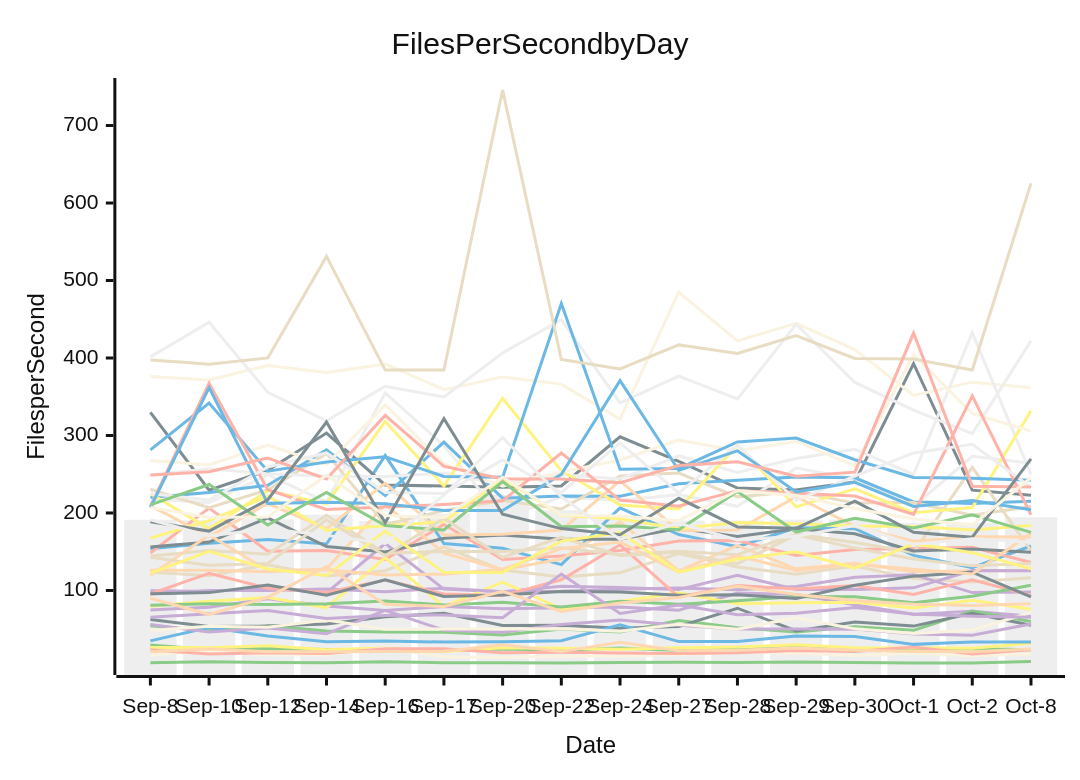
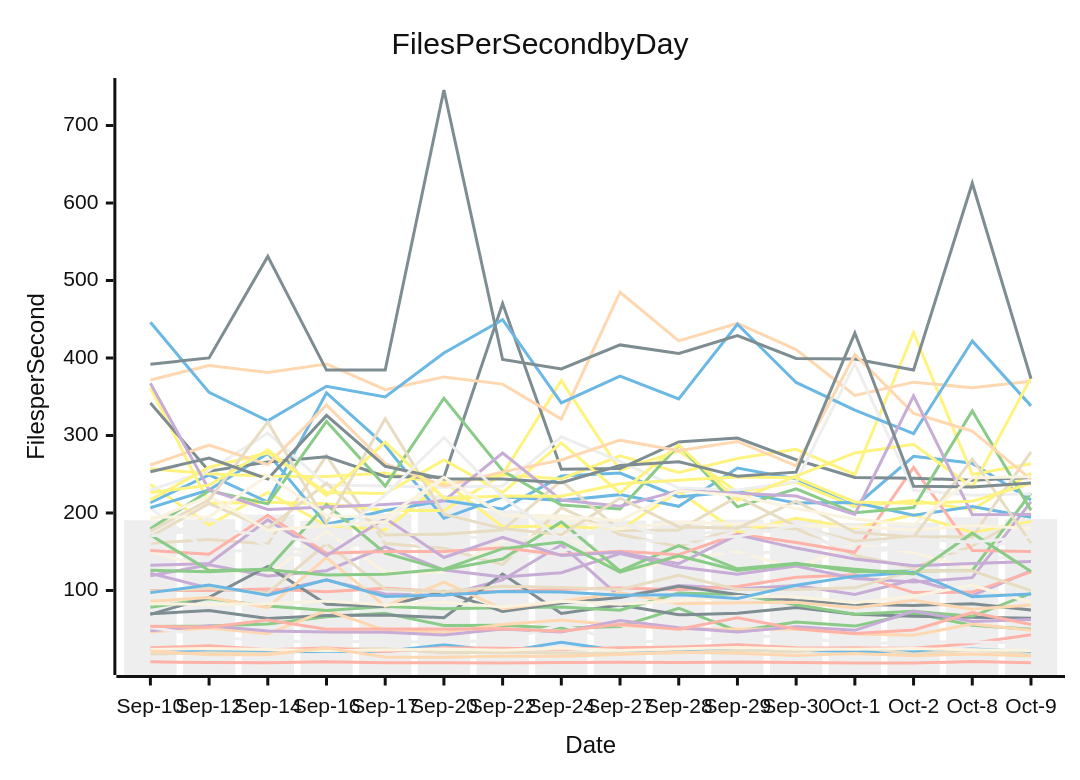
One commit to streetsidesoftware/cspell changed the diagram in perf-report.md. Above: the diagram before and after it, drawn with Mermaid (neutral theme). The commit also changed other lines of this file and 2 other files, not shown here.

````diff
--- a/perf-report.md
+++ b/perf-report.md
@@ -11,57 +11,57 @@
 ```mermaid
 xychart-beta
     title Files Per Second by Day
     y-axis Files per Second
-    x-axis Date [Sep-8, Sep-10, Sep-12, Sep-14, Sep-16, Sep-17, Sep-20, Sep-22, Sep-24, Sep-27, Sep-28, Sep-29, Sep-30, Oct-1, Oct-2, Oct-8]
-    bar [191.17, 190.61, 191.83, 197.87, 189.83, 198.93, 223.14, 203.41, 191.85, 190.34, 190.33, 191.42, 191.65, 187.17, 187.29, 194.39]
-    line [153.77, 161.06, 165.68, 159.91, 274.11, 160.48, 154.49, 133.29, 206.55, 172.23, 156.59, 180.95, 179.76, 145.22, 129.53, 157.39]
-    line [29.52, 23.91, 25.15, 23.74, 22.20, 23.03, 24.38, 22.79, 25.90, 22.55, 24.52, 26.32, 24.36, 24.04, 25.09, 23.35]
-    line [74.82, 78.42, 89.26, 79.87, 74.03, 79.32, 76.57, 77.71, 78.68, 74.59, 96.62, 94.86, 81.46, 69.18, 73.06, 66.65]
-    line [123.66, 119.12, 133.12, 118.61, 125.51, 156.41, 126.36, 117.29, 122.97, 147.55, 130.31, 120.84, 131.56, 115.38, 110.82, 116.53]
-    line [148.35, 206.25, 150.67, 151.50, 140.12, 185.15, 139.87, 144.59, 151.47, 163.76, 164.48, 145.07, 153.00, 154.07, 155.61, 136.07]
-    line [26.46, 26.09, 28.54, 23.63, 25.87, 21.39, 25.97, 25.29, 24.28, 26.03, 27.14, 29.89, 26.22, 25.83, 25.33, 31.76]
-    line [329.95, 229.46, 255.09, 303.17, 236.15, 234.71, 233.17, 234.84, 298.34, 266.72, 232.18, 229.70, 240.06, 392.72, 229.48, 222.78]
-    line [126.38, 125.97, 124.19, 127.77, 210.87, 148.03, 126.65, 140.55, 188.49, 125.20, 157.87, 127.91, 135.21, 124.24, 125.20, 125.79]
-    line [16.80, 21.93, 17.01, 17.04, 25.59, 14.10, 13.68, 15.06, 15.07, 17.30, 20.40, 18.84, 16.01, 18.80, 15.62, 18.14]
-    line [218.01, 213.19, 249.06, 214.17, 355.08, 286.90, 193.09, 220.97, 216.09, 223.67, 208.59, 258.02, 244.00, 208.42, 273.15, 264.14]
-    line [220.27, 226.37, 235.76, 281.57, 222.43, 291.44, 219.17, 221.75, 221.55, 237.73, 242.39, 246.40, 245.33, 214.25, 212.38, 215.08]
-    line [54.53, 48.10, 54.31, 47.78, 46.42, 45.99, 42.51, 50.42, 46.36, 61.34, 51.99, 46.51, 53.11, 48.59, 73.40, 59.94]
-    line [99.63, 98.76, 103.06, 96.78, 160.57, 101.71, 98.32, 105.51, 103.82, 101.18, 119.72, 101.30, 101.24, 103.40, 125.70, 125.48]
-    line [230.64, 206.81, 229.76, 276.88, 185.15, 203.08, 216.06, 205.09, 247.61, 251.50, 220.80, 227.59, 212.73, 213.55, 197.04, 208.25]
-    line [23.39, 17.95, 19.65, 18.79, 24.79, 24.63, 19.73, 20.13, 19.16, 18.74, 19.48, 22.38, 21.10, 27.10, 18.00, 23.58]
-    line [79.69, 86.08, 90.96, 77.91, 142.49, 79.52, 110.64, 76.31, 85.79, 97.01, 82.92, 84.16, 84.72, 77.34, 87.34, 75.86]
-    line [62.47, 53.43, 54.08, 56.65, 66.08, 70.58, 54.86, 55.17, 51.26, 53.54, 77.09, 47.84, 59.17, 54.01, 70.63, 55.18]
-    line [20.85, 24.50, 21.07, 20.76, 21.20, 21.42, 29.89, 21.10, 33.29, 22.21, 22.99, 25.81, 22.79, 21.40, 20.78, 24.57]
-    line [376.07, 371.64, 390.41, 381.43, 392.33, 359.21, 375.60, 366.33, 321.23, 484.87, 422.08, 444.64, 410.96, 351.78, 368.84, 361.47]
-    line [249.04, 256.96, 250.64, 247.49, 246.97, 251.50, 236.84, 249.23, 243.91, 273.74, 252.33, 270.33, 282.14, 249.68, 432.83, 249.77]
-    line [34.97, 52.27, 41.14, 33.93, 34.79, 33.36, 33.83, 35.26, 55.80, 33.99, 34.03, 41.23, 40.49, 30.44, 33.53, 33.57]
-    line [6.71, 7.87, 6.93, 6.69, 7.98, 6.67, 6.83, 6.48, 7.18, 7.27, 6.94, 7.83, 6.98, 6.40, 6.43, 8.18]
-    line [95.60, 99.87, 99.90, 101.98, 98.46, 103.01, 98.38, 99.03, 101.47, 103.27, 100.93, 105.22, 117.10, 120.39, 97.23, 97.90]
-    line [144.33, 151.54, 146.78, 197.07, 148.01, 150.26, 150.22, 155.16, 146.16, 150.57, 146.25, 172.87, 161.95, 149.25, 258.77, 151.43]
-    line [95.62, 122.20, 102.97, 97.36, 113.44, 95.42, 93.37, 113.84, 158.94, 91.50, 106.48, 102.03, 106.46, 94.98, 113.77, 93.63]
-    line [225.06, 179.78, 228.82, 211.67, 318.15, 234.86, 348.02, 254.54, 210.42, 205.10, 287.53, 207.85, 231.21, 200.22, 207.10, 331.74]
-    line [155.95, 162.53, 193.68, 156.67, 149.67, 167.24, 171.44, 166.11, 165.94, 180.17, 169.69, 179.61, 173.13, 150.88, 153.50, 149.45]
-    line [209.46, 169.33, 212.19, 179.89, 238.35, 171.61, 172.61, 177.91, 241.32, 177.39, 178.05, 221.01, 182.74, 163.48, 169.32, 168.97]
-    line [267.60, 261.93, 287.76, 262.40, 339.51, 263.75, 234.66, 253.01, 268.39, 293.97, 280.40, 292.26, 260.88, 404.51, 328.53, 305.64]
-    line [401.47, 446.16, 355.63, 318.90, 363.44, 349.72, 406.48, 449.44, 342.12, 376.67, 347.31, 443.48, 368.45, 332.70, 302.48, 422.03]
-    line [281.41, 341.82, 253.99, 265.83, 272.53, 247.23, 246.03, 470.19, 256.56, 257.27, 291.74, 296.65, 268.66, 245.94, 244.92, 242.23]
-    line [80.83, 82.91, 82.03, 82.90, 86.51, 81.41, 84.89, 78.73, 86.02, 82.17, 86.87, 92.07, 92.00, 84.24, 92.67, 106.68]
-    line [56.14, 46.33, 51.70, 44.11, 74.38, 48.80, 46.22, 56.03, 61.86, 55.07, 50.38, 50.26, 50.11, 43.90, 42.10, 56.81]
-    line [397.57, 392.00, 400.11, 531.12, 384.37, 384.60, 745.85, 398.12, 385.90, 416.89, 405.74, 428.96, 399.50, 398.65, 384.43, 625.58]
-    line [208.53, 367.52, 230.07, 204.55, 207.72, 211.00, 215.66, 277.45, 216.60, 208.75, 228.82, 225.46, 221.92, 198.17, 351.24, 197.76]
-    line [167.61, 190.13, 221.56, 177.63, 183.43, 188.58, 244.43, 196.97, 192.51, 179.82, 187.80, 186.23, 183.20, 182.62, 177.99, 183.70]
-    line [95.75, 97.23, 107.06, 93.89, 113.70, 92.25, 94.28, 98.57, 98.01, 93.82, 94.62, 89.71, 106.79, 118.50, 123.61, 91.76]
-    line [119.58, 171.63, 125.66, 126.89, 119.89, 121.04, 127.46, 154.00, 162.49, 123.69, 144.71, 125.72, 134.25, 127.46, 121.17, 173.95]
-    line [48.30, 53.96, 52.43, 61.82, 49.92, 50.20, 50.36, 50.54, 47.43, 56.40, 49.96, 64.67, 50.46, 44.40, 48.96, 71.61]
-    line [224.86, 216.89, 259.14, 277.45, 226.45, 225.10, 268.40, 226.40, 290.41, 225.84, 287.60, 216.33, 247.70, 277.53, 288.63, 233.16]
-    line [206.74, 361.86, 212.41, 213.84, 211.89, 203.30, 203.26, 249.81, 370.77, 255.08, 280.21, 227.10, 239.56, 208.40, 216.14, 204.22]
-    line [210.54, 236.79, 184.39, 226.41, 183.84, 178.08, 240.62, 182.34, 183.11, 178.48, 227.71, 175.37, 193.07, 180.70, 197.68, 174.97]
-    line [65.29, 70.06, 74.08, 63.80, 67.85, 68.28, 64.95, 121.18, 70.33, 81.37, 68.55, 70.46, 78.07, 69.43, 66.84, 65.37]
-    line [142.86, 132.44, 134.89, 191.12, 144.91, 193.30, 142.56, 168.42, 145.10, 149.37, 134.63, 171.73, 154.69, 140.49, 131.94, 134.65]
-    line [248.94, 253.18, 270.83, 243.92, 325.88, 260.22, 243.99, 243.96, 239.11, 261.23, 266.19, 247.38, 252.69, 432.16, 234.56, 233.40]
-    line [122.28, 150.41, 127.69, 119.42, 176.53, 123.45, 123.33, 163.66, 174.86, 123.76, 140.60, 149.87, 128.75, 160.37, 148.80, 127.97]
-    line [188.79, 176.65, 217.04, 317.36, 187.32, 321.78, 198.42, 179.83, 171.82, 219.08, 181.95, 180.26, 215.27, 175.03, 168.70, 269.72]
-    line [89.98, 69.10, 91.26, 130.94, 82.16, 79.40, 98.84, 72.96, 83.85, 90.86, 105.55, 94.80, 87.05, 82.35, 80.71, 82.95]
-    line [207.05, 194.56, 194.84, 248.77, 196.63, 194.10, 246.18, 197.54, 195.96, 190.07, 228.82, 222.46, 205.73, 192.21, 184.58, 245.51]
-    line [191.33, 170.36, 179.54, 171.09, 160.76, 222.99, 297.37, 220.86, 165.88, 186.63, 165.05, 169.83, 183.91, 159.55, 166.58, 162.12]
+    x-axis Date [Sep-10, Sep-12, Sep-14, Sep-16, Sep-17, Sep-20, Sep-22, Sep-24, Sep-27, Sep-28, Sep-29, Sep-30, Oct-1, Oct-2, Oct-8, Oct-9]
+    bar [190.61, 191.83, 197.87, 189.83, 198.93, 223.14, 203.41, 191.85, 190.34, 190.33, 191.42, 191.65, 187.17, 187.29, 194.39, 192.05]
+    line [24.50, 21.07, 20.76, 21.20, 21.42, 29.89, 21.10, 33.29, 22.21, 22.99, 25.81, 22.79, 21.40, 20.78, 24.57, 21.27]
+    line [53.43, 54.08, 56.65, 66.08, 70.58, 54.86, 55.17, 51.26, 53.54, 77.09, 47.84, 59.17, 54.01, 70.63, 55.18, 49.90]
+    line [122.20, 102.97, 97.36, 113.44, 95.42, 93.37, 113.84, 158.94, 91.50, 106.48, 102.03, 106.46, 94.98, 113.77, 93.63, 125.18]
+    line [161.06, 165.68, 159.91, 274.11, 160.48, 154.49, 133.29, 206.55, 172.23, 156.59, 180.95, 179.76, 145.22, 129.53, 157.39, 199.58]
+    line [99.87, 99.90, 101.98, 98.46, 103.01, 98.38, 99.03, 101.47, 103.27, 100.93, 105.22, 117.10, 120.39, 97.23, 97.90, 123.96]
+    line [236.79, 184.39, 226.41, 183.84, 178.08, 240.62, 182.34, 183.11, 178.48, 227.71, 175.37, 193.07, 180.70, 197.68, 174.97, 189.16]
+    line [70.06, 74.08, 63.80, 67.85, 68.28, 64.95, 121.18, 70.33, 81.37, 68.55, 70.46, 78.07, 69.43, 66.84, 65.37, 64.09]
+    line [46.33, 51.70, 44.11, 74.38, 48.80, 46.22, 56.03, 61.86, 55.07, 50.38, 50.26, 50.11, 43.90, 42.10, 56.81, 48.66]
+    line [150.41, 127.69, 119.42, 176.53, 123.45, 123.33, 163.66, 174.86, 123.76, 140.60, 149.87, 128.75, 160.37, 148.80, 127.97, 206.50]
+    line [206.25, 150.67, 151.50, 140.12, 185.15, 139.87, 144.59, 151.47, 163.76, 164.48, 145.07, 153.00, 154.07, 155.61, 136.07, 148.26]
+    line [213.19, 249.06, 214.17, 355.08, 286.90, 193.09, 220.97, 216.09, 223.67, 208.59, 258.02, 244.00, 208.42, 273.15, 264.14, 216.71]
+    line [78.42, 89.26, 79.87, 74.03, 79.32, 76.57, 77.71, 78.68, 74.59, 96.62, 94.86, 81.46, 69.18, 73.06, 66.65, 96.25]
+    line [119.12, 133.12, 118.61, 125.51, 156.41, 126.36, 117.29, 122.97, 147.55, 130.31, 120.84, 131.56, 115.38, 110.82, 116.53, 214.42]
+    line [17.95, 19.65, 18.79, 24.79, 24.63, 19.73, 20.13, 19.16, 18.74, 19.48, 22.38, 21.10, 27.10, 18.00, 23.58, 17.31]
+    line [26.09, 28.54, 23.63, 25.87, 21.39, 25.97, 25.29, 24.28, 26.03, 27.14, 29.89, 26.22, 25.83, 25.33, 31.76, 42.94]
+    line [361.86, 212.41, 213.84, 211.89, 203.30, 203.26, 249.81, 370.77, 255.08, 280.21, 227.10, 239.56, 208.40, 216.14, 204.22, 251.15]
+    line [69.10, 91.26, 130.94, 82.16, 79.40, 98.84, 72.96, 83.85, 90.86, 105.55, 94.80, 87.05, 82.35, 80.71, 82.95, 74.90]
+    line [86.08, 90.96, 77.91, 142.49, 79.52, 110.64, 76.31, 85.79, 97.01, 82.92, 84.16, 84.72, 77.34, 87.34, 75.86, 81.29]
+    line [23.91, 25.15, 23.74, 22.20, 23.03, 24.38, 22.79, 25.90, 22.55, 24.52, 26.32, 24.36, 24.04, 25.09, 23.35, 22.45]
+    line [162.53, 193.68, 156.67, 149.67, 167.24, 171.44, 166.11, 165.94, 180.17, 169.69, 179.61, 173.13, 150.88, 153.50, 149.45, 170.98]
+    line [206.81, 229.76, 276.88, 185.15, 203.08, 216.06, 205.09, 247.61, 251.50, 220.80, 227.59, 212.73, 213.55, 197.04, 208.25, 194.51]
+    line [125.97, 124.19, 127.77, 210.87, 148.03, 126.65, 140.55, 188.49, 125.20, 157.87, 127.91, 135.21, 124.24, 125.20, 125.79, 225.70]
+    line [48.10, 54.31, 47.78, 46.42, 45.99, 42.51, 50.42, 46.36, 61.34, 51.99, 46.51, 53.11, 48.59, 73.40, 59.94, 62.62]
+    line [98.76, 103.06, 96.78, 160.57, 101.71, 98.32, 105.51, 103.82, 101.18, 119.72, 101.30, 101.24, 103.40, 125.70, 125.48, 99.76]
+    line [151.54, 146.78, 197.07, 148.01, 150.26, 150.22, 155.16, 146.16, 150.57, 146.25, 172.87, 161.95, 149.25, 258.77, 151.43, 150.43]
+    line [256.96, 250.64, 247.49, 246.97, 251.50, 236.84, 249.23, 243.91, 273.74, 252.33, 270.33, 282.14, 249.68, 432.83, 249.77, 263.65]
+    line [341.82, 253.99, 265.83, 272.53, 247.23, 246.03, 470.19, 256.56, 257.27, 291.74, 296.65, 268.66, 245.94, 244.92, 242.23, 245.65]
+    line [371.64, 390.41, 381.43, 392.33, 359.21, 375.60, 366.33, 321.23, 484.87, 422.08, 444.64, 410.96, 351.78, 368.84, 361.47, 370.09]
+    line [82.91, 82.03, 82.90, 86.51, 81.41, 84.89, 78.73, 86.02, 82.17, 86.87, 92.07, 92.00, 84.24, 92.67, 106.68, 84.76]
+    line [229.46, 255.09, 303.17, 236.15, 234.71, 233.17, 234.84, 298.34, 266.72, 232.18, 229.70, 240.06, 392.72, 229.48, 222.78, 224.66]
+    line [446.16, 355.63, 318.90, 363.44, 349.72, 406.48, 449.44, 342.12, 376.67, 347.31, 443.48, 368.45, 332.70, 302.48, 422.03, 338.21]
+    line [179.78, 228.82, 211.67, 318.15, 234.86, 348.02, 254.54, 210.42, 205.10, 287.53, 207.85, 231.21, 200.22, 207.10, 331.74, 203.63]
+    line [132.44, 134.89, 191.12, 144.91, 193.30, 142.56, 168.42, 145.10, 149.37, 134.63, 171.73, 154.69, 140.49, 131.94, 134.65, 137.28]
+    line [169.33, 212.19, 179.89, 238.35, 171.61, 172.61, 177.91, 241.32, 177.39, 178.05, 221.01, 182.74, 163.48, 169.32, 168.97, 278.92]
+    line [7.87, 6.93, 6.69, 7.98, 6.67, 6.83, 6.48, 7.18, 7.27, 6.94, 7.83, 6.98, 6.40, 6.43, 8.18, 6.76]
+    line [216.89, 259.14, 277.45, 226.45, 225.10, 268.40, 226.40, 290.41, 225.84, 287.60, 216.33, 247.70, 277.53, 288.63, 233.16, 374.71]
+    line [392.00, 400.11, 531.12, 384.37, 384.60, 745.85, 398.12, 385.90, 416.89, 405.74, 428.96, 399.50, 398.65, 384.43, 625.58, 373.38]
+    line [261.93, 287.76, 262.40, 339.51, 263.75, 234.66, 253.01, 268.39, 293.97, 280.40, 292.26, 260.88, 404.51, 328.53, 305.64, 243.36]
+    line [190.13, 221.56, 177.63, 183.43, 188.58, 244.43, 196.97, 192.51, 179.82, 187.80, 186.23, 183.20, 182.62, 177.99, 183.70, 179.89]
+    line [52.27, 41.14, 33.93, 34.79, 33.36, 33.83, 35.26, 55.80, 33.99, 34.03, 41.23, 40.49, 30.44, 33.53, 33.57, 32.29]
+    line [97.23, 107.06, 93.89, 113.70, 92.25, 94.28, 98.57, 98.01, 93.82, 94.62, 89.71, 106.79, 118.50, 123.61, 91.76, 95.32]
+    line [171.63, 125.66, 126.89, 119.89, 121.04, 127.46, 154.00, 162.49, 123.69, 144.71, 125.72, 134.25, 127.46, 121.17, 173.95, 124.58]
+    line [367.52, 230.07, 204.55, 207.72, 211.00, 215.66, 277.45, 216.60, 208.75, 228.82, 225.46, 221.92, 198.17, 351.24, 197.76, 198.13]
+    line [176.65, 217.04, 317.36, 187.32, 321.78, 198.42, 179.83, 171.82, 219.08, 181.95, 180.26, 215.27, 175.03, 168.70, 269.72, 161.18]
+    line [53.96, 52.43, 61.82, 49.92, 50.20, 50.36, 50.54, 47.43, 56.40, 49.96, 64.67, 50.46, 44.40, 48.96, 71.61, 56.00]
+    line [226.37, 235.76, 281.57, 222.43, 291.44, 219.17, 221.75, 221.55, 237.73, 242.39, 246.40, 245.33, 214.25, 212.38, 215.08, 238.25]
+    line [253.18, 270.83, 243.92, 325.88, 260.22, 243.99, 243.96, 239.11, 261.23, 266.19, 247.38, 252.69, 432.16, 234.56, 233.40, 238.56]
+    line [21.93, 17.01, 17.04, 25.59, 14.10, 13.68, 15.06, 15.07, 17.30, 20.40, 18.84, 16.01, 18.80, 15.62, 18.14, 15.49]
+    line [194.56, 194.84, 248.77, 196.63, 194.10, 246.18, 197.54, 195.96, 190.07, 228.82, 222.46, 205.73, 192.21, 184.58, 245.51, 246.82]
+    line [170.36, 179.54, 171.09, 160.76, 222.99, 297.37, 220.86, 165.88, 186.63, 165.05, 169.83, 183.91, 159.55, 166.58, 162.12, 169.35]
 ```
````
